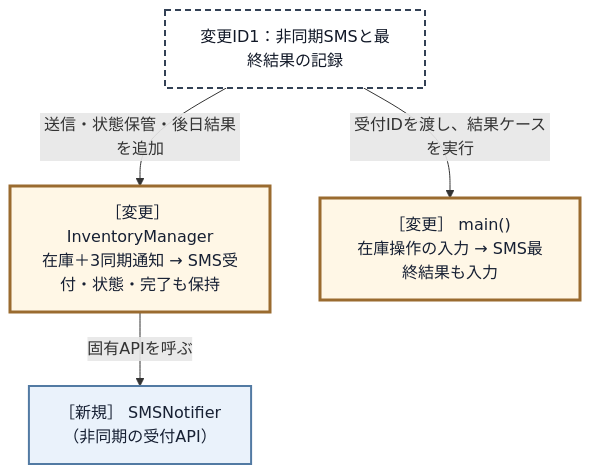
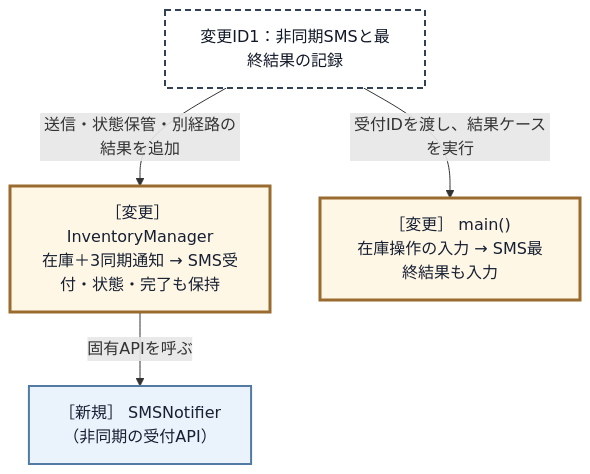
One commit to kumachan1101-pixel/DesignPattern changed the seventh of 19 diagrams in kindle/design-patterns/books/volume01-core-patterns/output/05-chapter03.md. Above: the diagram before and after it, drawn with Mermaid. The commit also changed other lines of this file and 3 other files, not shown here.

````diff
--- a/kindle/design-patterns/books/volume01-core-patterns/output/05-chapter03.md
+++ b/kindle/design-patterns/books/volume01-core-patterns/output/05-chapter03.md
@@ -1401,12 +1403,12 @@
 ```mermaid
 graph TD
     T1["変更ID1：非同期SMSと最終結果の記録"]:::req
-        -->|"送信・状態保管・後日結果を追加"| A["［変更］ InventoryManager<br>在庫＋3同期通知 → SMS受付・状態・完了も保持"]:::touched
+        -->|"送信・状態保管・別経路の結果を追加"| A["［変更］ InventoryManager<br>在庫＋3同期通知 → SMS受付・状態・完了も保持"]:::touched
     A -->|"固有APIを呼ぶ"| B["［新規］ SMSNotifier<br>（非同期の受付API）"]:::added
     T1 -->|"受付IDを渡し、結果ケースを実行"| C["［変更］ main()<br>在庫操作の入力 → SMS最終結果も入力"]:::touched
 
     classDef req fill:#ffffff,stroke:#334155,stroke-width:2px,stroke-dasharray:6 4,color:#111827;
     classDef keep fill:#f1f5f9,stroke:#94a3b8,color:#334155;
     classDef added fill:#eaf2fb,stroke:#527aa3,stroke-width:2px,color:#172033;
     classDef touched fill:#fff7e6,stroke:#9a6b2f,stroke-width:3px,color:#172033;
 ```
````
